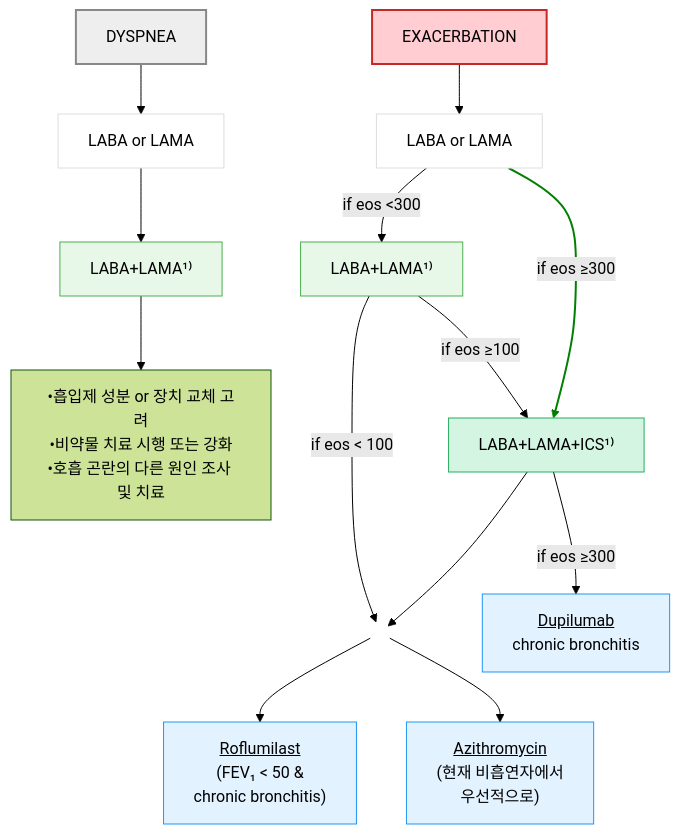
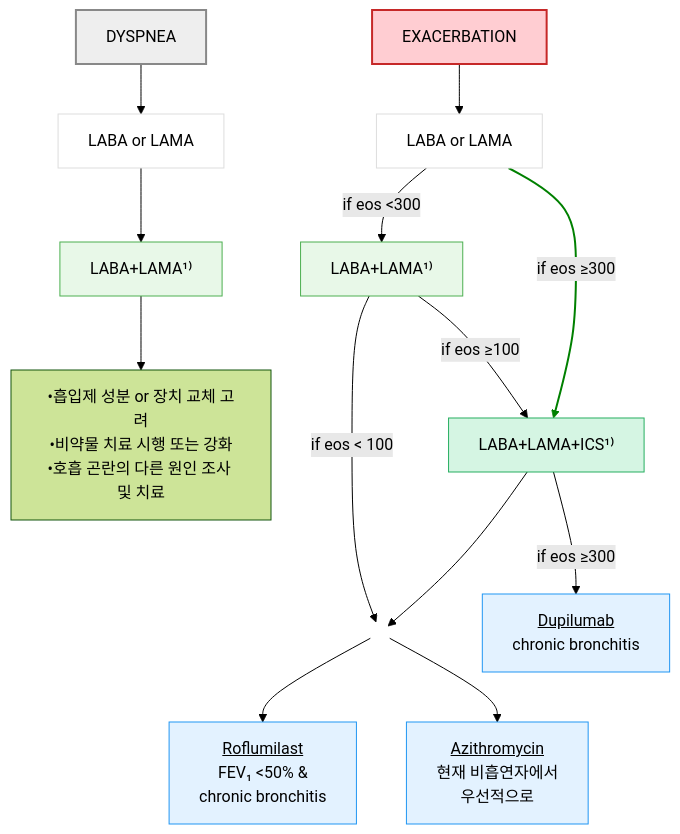
One commit to familyoh77/familyoh77 changed the first of 3 diagrams in 223_/072_-copd.md. Above: the diagram before and after it, drawn with Mermaid (forest theme). The commit also changed other lines of this file, not shown here.

````diff
--- a/223_/072_-copd.md
+++ b/223_/072_-copd.md
@@ -385,35 +385,35 @@
 ```mermaid
 graph TD
 %% DYSPNEA pathway
 D0[DYSPNEA] --> D1[LABA or LAMA]
     D1 --> D2["LABA+LAMA¹⁾"]
     D2 --> D3["•흡입제 성분 or 장치 교체 고려<br/>•비약물 치료 시행 또는 강화<br/>•호흡 곤란의 다른 원인 조사 및 치료"]
 
 %% EXACERBATION pathway
 E0[EXACERBATION] --> E1[LABA or LAMA]
 
     E2 -- "if eos ≥100" --> E3
     E1 -- "if eos <300" --> E2["LABA+LAMA¹⁾"]
     E1 -- "if eos ≥300" --> E3["LABA+LAMA+ICS¹⁾"]    
 
     
     E2 -- "if eos < 100" --> E4{ }
     E3 --> E4
     
-    E4 --> E5["<u>Roflumilast</u><br/>(FEV₁ < 50 &<br/>chronic bronchitis)"]
-    E4 --> E6["<u>Azithromycin</u><br/>(현재 비흡연자에서<br/>우선적으로)"]
+    E4 --> E5["<u>Roflumilast</u><br/>FEV₁ <50% &<br/>chronic bronchitis"]
+    E4 --> E6["<u>Azithromycin</u><br/>현재 비흡연자에서<br/>우선적으로"]
     E3 -- "if eos ≥300"--> E7["<u>Dupilumab</u><br/>chronic bronchitis"]
 
 style D0 fill:#eeeeee,stroke:#888888,stroke-width:2px
 style D1 fill:#fff,stroke:#ddd
 style D2 fill:#e8f8e8,stroke:#4caf50
 style E0 fill:#ffcdd2,stroke:#c62828,stroke-width:2px
 style E1 fill:#fff,stroke:#ddd
 style E2 fill:#e8f8e8,stroke:#4caf50
 style E3 fill:#d5f5e3,stroke:#27ae60
 style E4 fill:none,stroke:none
 classDef sky fill:#e3f2ff,stroke:#2196f3
 class E5,E6,E7 sky
 
 linkStyle 6 stroke:green,stroke-width:2px;
 ```
````
